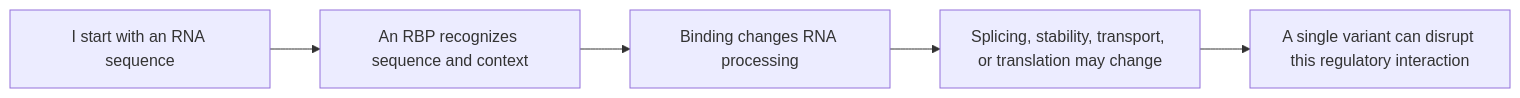
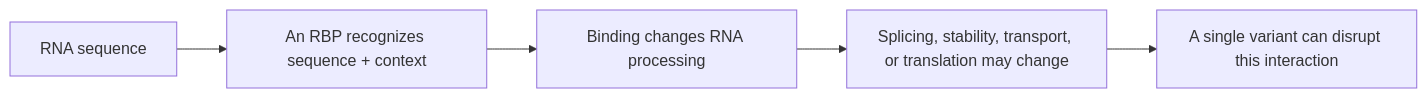
The first of 25 diagrams in README.md (NirmalKumar31/rbp-binding), drawn with Mermaid before and after one commit. The commit also changed other lines of this file, not shown here.

Commit message:
docs: neutralize first-person voice inside mermaid diagram labels

````diff
--- a/README.md
+++ b/README.md
@@ -107,7 +107,7 @@
 ```mermaid
 flowchart LR
-    A["I start with an RNA sequence"] --> B["An RBP recognizes sequence and context"]
+    A["RNA sequence"] --> B["An RBP recognizes sequence + context"]
     B --> C["Binding changes RNA processing"]
     C --> D["Splicing, stability, transport, or translation may change"]
-    D --> E["A single variant can disrupt this regulatory interaction"]
+    D --> E["A single variant can disrupt this interaction"]
 ```
````
